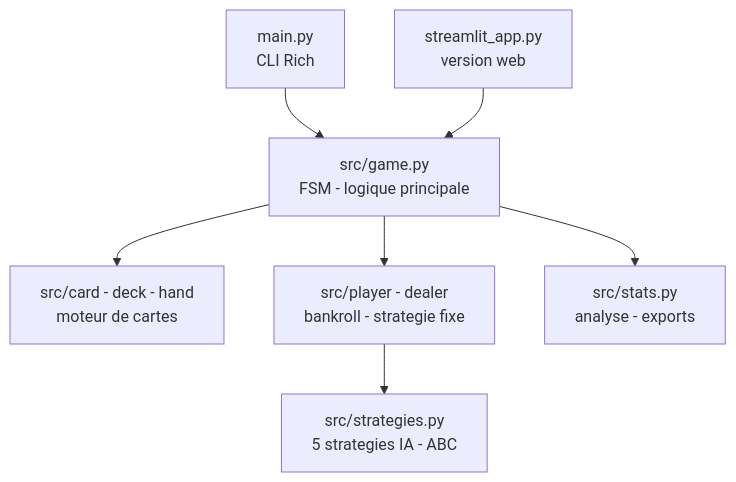
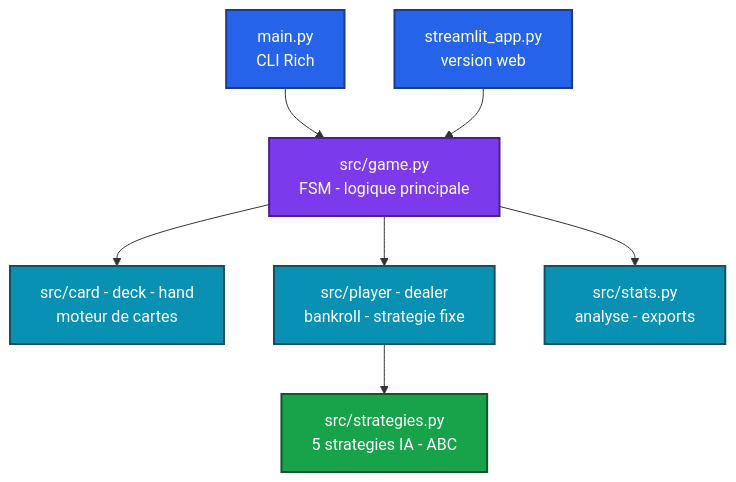
One commit to Adam-Blf/Blackjack-Simulator changed the diagram in README.md. Above: the diagram before and after it, drawn with Mermaid.

Commit message:
docs: add colors to mermaid diagrams (#4)
Each node gets a palette class (by subgraph or by flow depth), subgraphs are tinted, non-flowchart diagrams use a colored base theme. Validated by rendering every diagram before and after.

````diff
--- a/README.md
+++ b/README.md
@@ -76,15 +76,24 @@
 ```mermaid
 flowchart TB
     MAIN["main.py<br/>CLI Rich"]
     ST["streamlit_app.py<br/>version web"]
     GAME["src/game.py<br/>FSM - logique principale"]
     CORE["src/card - deck - hand<br/>moteur de cartes"]
     ACT["src/player - dealer<br/>bankroll - strategie fixe"]
     STRAT["src/strategies.py<br/>5 strategies IA - ABC"]
     STATS["src/stats.py<br/>analyse - exports"]
     MAIN --> GAME
     ST --> GAME
     GAME --> CORE
     GAME --> ACT --> STRAT
     GAME --> STATS
+
+    classDef c0 fill:#2563eb,stroke:#1e3a8a,stroke-width:2px,color:#ffffff
+    classDef c1 fill:#7c3aed,stroke:#4c1d95,stroke-width:2px,color:#ffffff
+    classDef c2 fill:#0891b2,stroke:#164e63,stroke-width:2px,color:#ffffff
+    classDef c3 fill:#16a34a,stroke:#14532d,stroke-width:2px,color:#ffffff
+    class MAIN,ST c0
+    class GAME c1
+    class CORE,ACT,STATS c2
+    class STRAT c3
 ```
````
